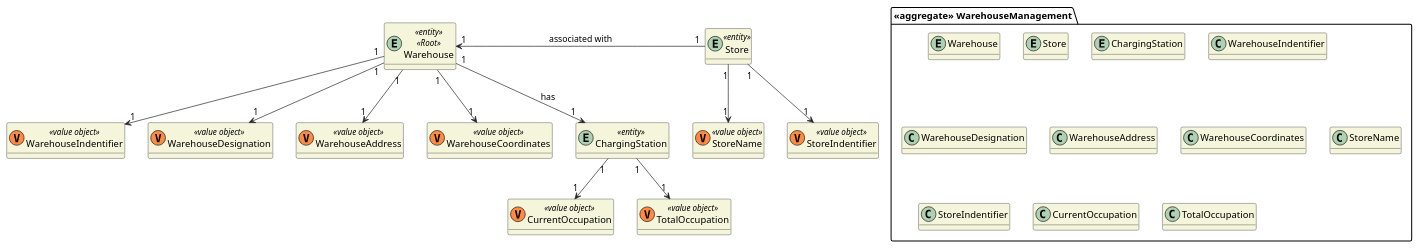
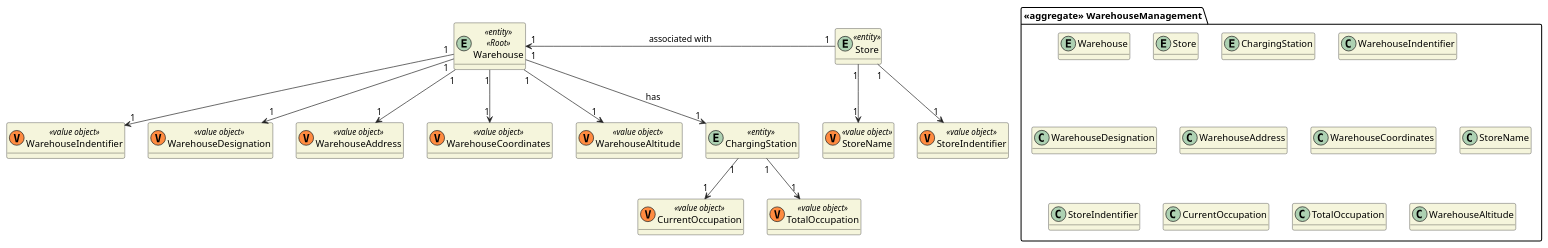
One commit to 0franciscor/dei_3dj_057 changed the diagram in Documents/1200720/US3111a/DM_US3111a.puml. Above: the diagram before and after it, drawn with PlantUML. The commit also changed 2 other files, not shown here.

```diff
--- a/Documents/1200720/US3111a/DM_US3111a.puml
+++ b/Documents/1200720/US3111a/DM_US3111a.puml
@@ -1,53 +1,56 @@
 @startuml DMWarehouseManagement
 
 skinparam classAttributeIconSize 0
 hide empty attributes
 skinparam classBackgroundColor beige
 skinparam ArrowColor #222222
 
 package "<<aggregate>> WarehouseManagement"{
   entity Warehouse
   entity Store
   entity ChargingStation
   class WarehouseIndentifier
   class WarehouseDesignation
   class WarehouseAddress
   class WarehouseCoordinates
   class StoreName
   class StoreIndentifier
   class CurrentOccupation
   class TotalOccupation
+  class WarehouseAltitude
 
 }
 
 
 entity Warehouse <<entity>> <<Root>>
 class WarehouseIndentifier <<(V,#FF8B40) value object>>
 class WarehouseDesignation <<(V,#FF8B40) value object>>
 class WarehouseAddress <<(V,#FF8B40) value object>>
 class WarehouseCoordinates <<(V,#FF8B40) value object>>
+class WarehouseAltitude <<(V,#FF8B40) value object>>
 
 entity Store <<entity>>
 class StoreName <<(V,#FF8B40) value object>>
 class StoreIndentifier <<(V,#FF8B40) value object>>
 
 entity ChargingStation <<entity>>
 class CurrentOccupation <<(V,#FF8B40) value object>>
 class TotalOccupation <<(V,#FF8B40) value object>>
 
 
 Warehouse "1" <- "1" Store : associated with
 Warehouse "1" --> "1" ChargingStation: has
 
 Warehouse "1" --> "1" WarehouseIndentifier
 Warehouse "1" --> "1" WarehouseDesignation
 Warehouse "1" --> "1" WarehouseAddress
 Warehouse "1" --> "1" WarehouseCoordinates
+Warehouse "1" --> "1" WarehouseAltitude
 
 Store "1" --> "1" StoreName
 Store "1" --> "1" StoreIndentifier
 
 ChargingStation "1" --> "1" CurrentOccupation
 ChargingStation "1" --> "1" TotalOccupation
 
 @enduml
```
